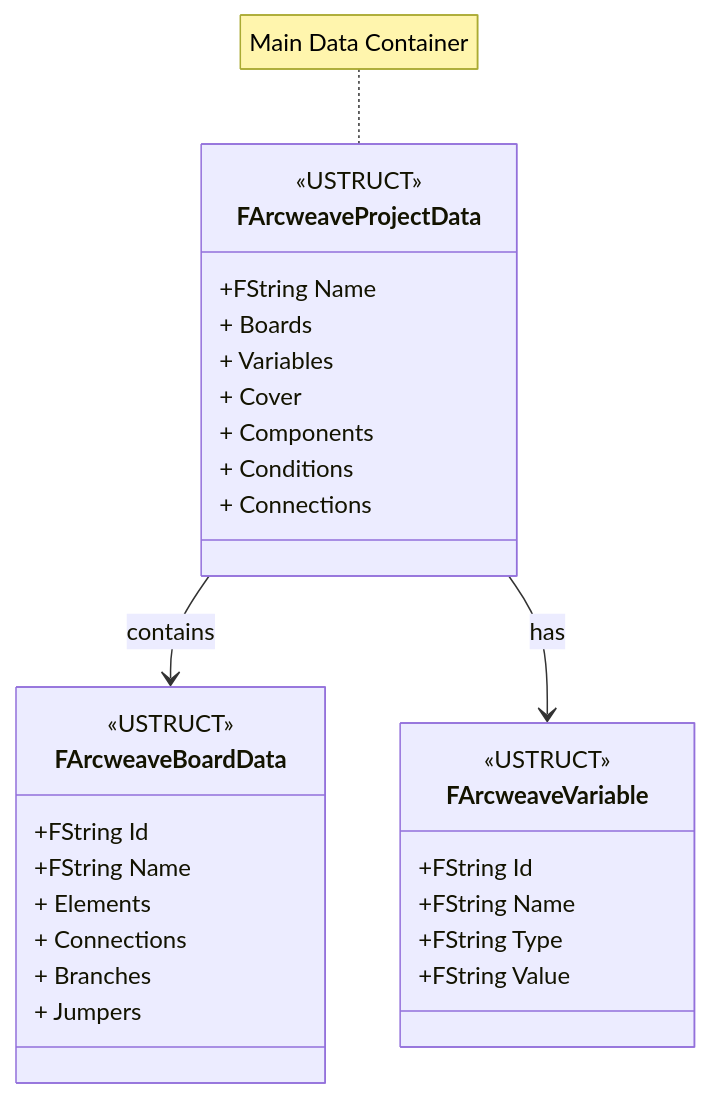
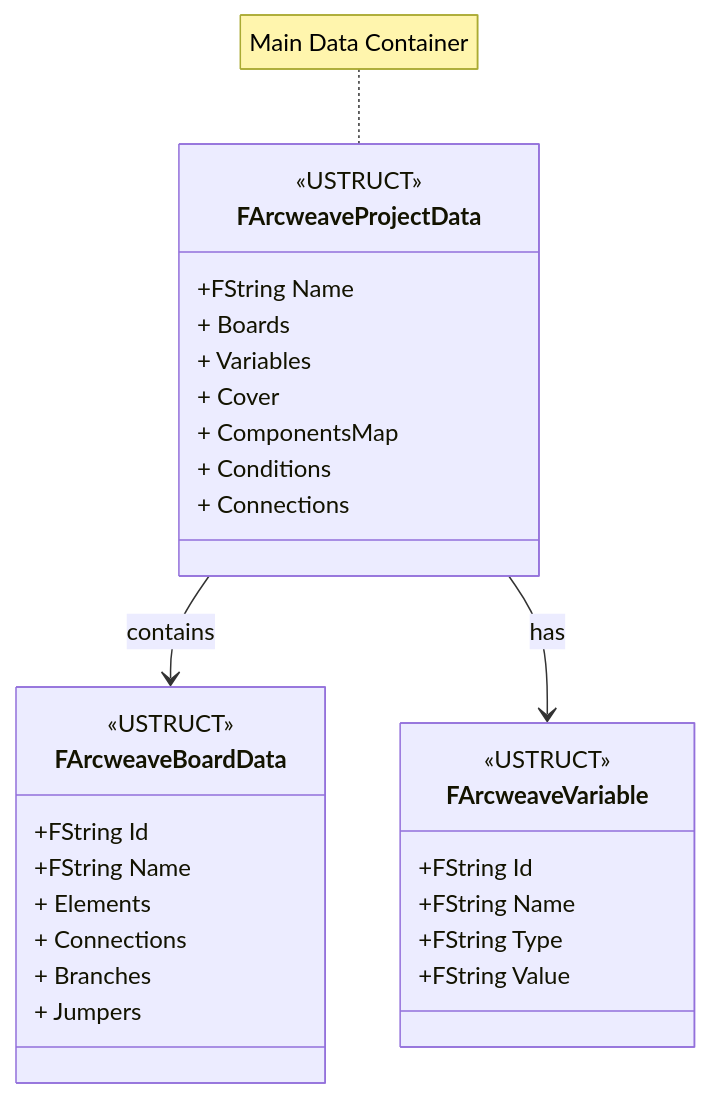
One commit to arcweave/arcweave-unreal-plugin changed the fifth of 6 diagrams in README.md. Above: the diagram before and after it, drawn with Mermaid. The commit also changed 10 other files, not shown here.

````diff
--- a/README.md
+++ b/README.md
@@ -149,42 +149,42 @@
 ```mermaid
 
 classDiagram
 direction TB
 
 note for FArcweaveProjectData "Main Data Container"
     class FArcweaveProjectData {
 	    +FString Name
 	    +  Boards
 	    +  Variables
 	    +  Cover
-	    +  Components
+	    +  ComponentsMap
 	    +  Conditions
 	    +  Connections
     }
 
     class FArcweaveBoardData {
 	    +FString Id
 	    +FString Name
 	    + Elements
 	    + Connections
 	    + Branches
 	    + Jumpers
     }
 
     class FArcweaveVariable {
 	    +FString Id
 	    +FString Name
 	    +FString Type
 	    +FString Value
     }
 
    
 	<<USTRUCT>> FArcweaveProjectData
 	<<USTRUCT>> FArcweaveBoardData
 	<<USTRUCT>> FArcweaveVariable
 
 
     FArcweaveProjectData --> FArcweaveBoardData : contains
     FArcweaveProjectData --> FArcweaveVariable : has
 
 ```
````
